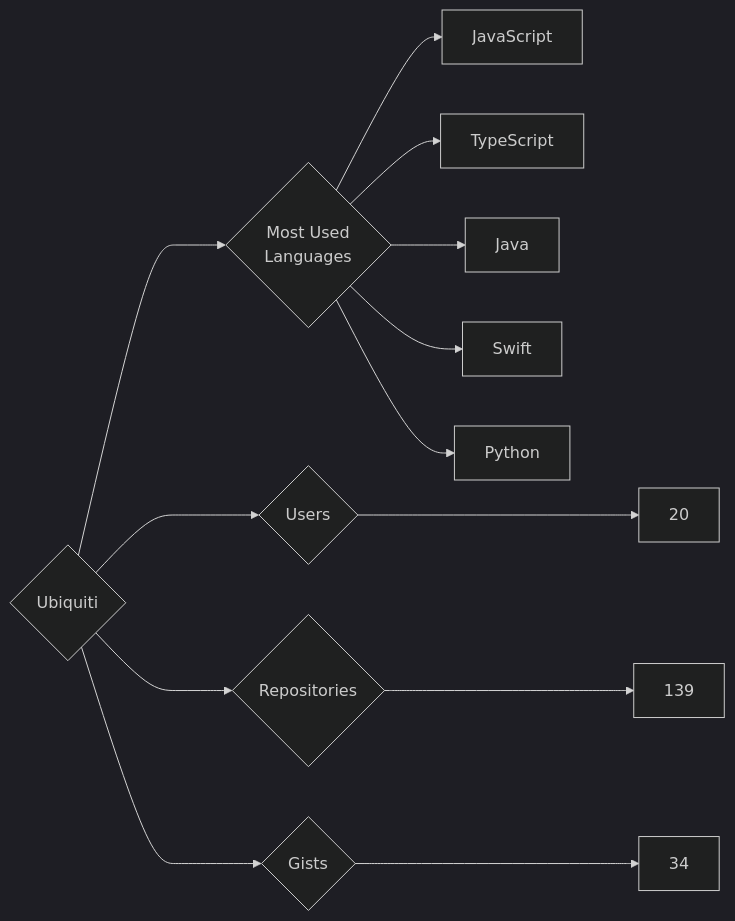
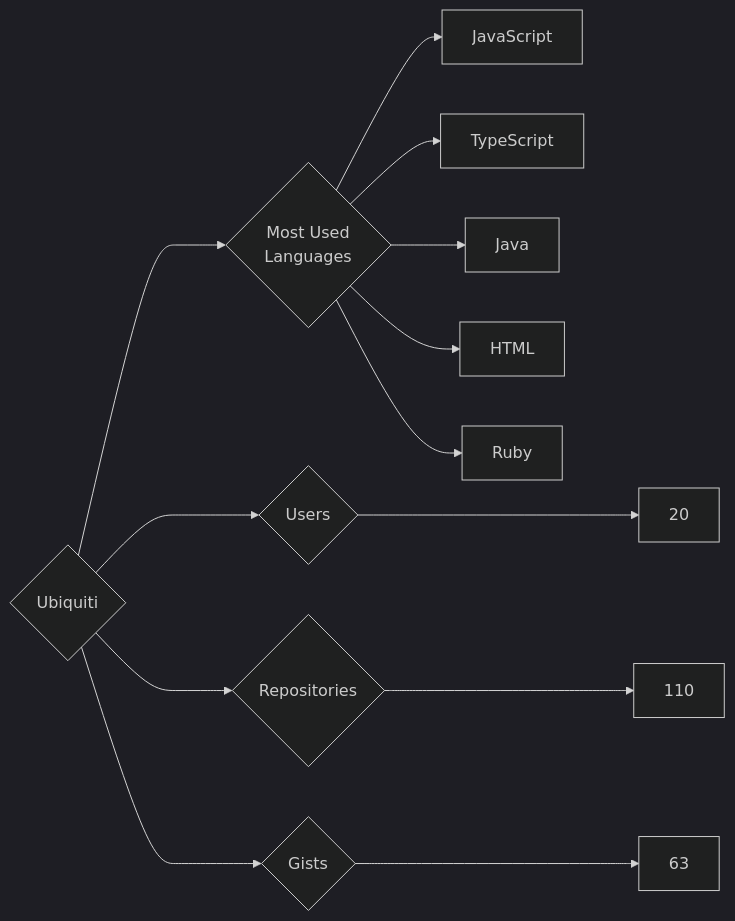
One commit to trickest/insiders changed the diagram in targets/Ubiquiti/README.md. Above: the diagram before and after it, drawn with Mermaid (dark theme). The commit also changed 965 other files, not shown here.

````diff
--- a/targets/Ubiquiti/README.md
+++ b/targets/Ubiquiti/README.md
@@ -3,13 +3,13 @@
 ```mermaid
 graph LR
 COMPANY_NAME{Ubiquiti}
 COMPANY_NAME ---> U{Users} ---> UN[20]
-COMPANY_NAME ---> R{Repositories} ---> RN[139]
-COMPANY_NAME ---> G{Gists} ---> GN[34]
+COMPANY_NAME ---> R{Repositories} ---> RN[110]
+COMPANY_NAME ---> G{Gists} ---> GN[63]
 COMPANY_NAME ---> ML{Most Used<br>Languages}
 ML --> JavaScript[JavaScript]
 ML --> TypeScript[TypeScript]
 ML --> Java[Java]
-ML --> Swift[Swift]
-ML --> Python[Python]
+ML --> HTML[HTML]
+ML --> Ruby[Ruby]
 ```
````
